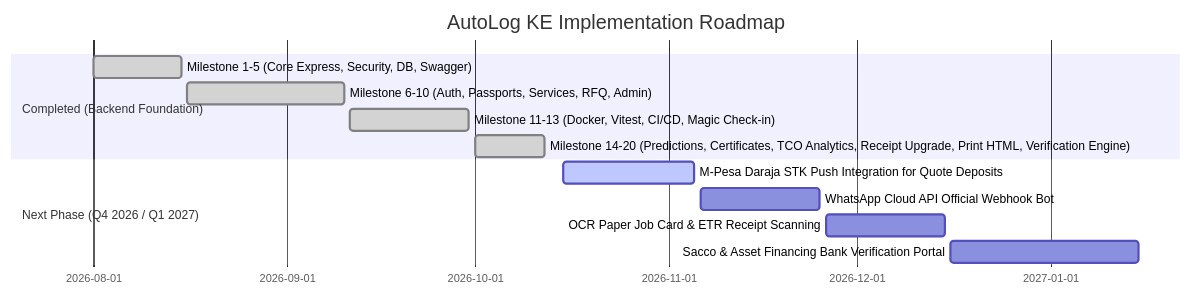
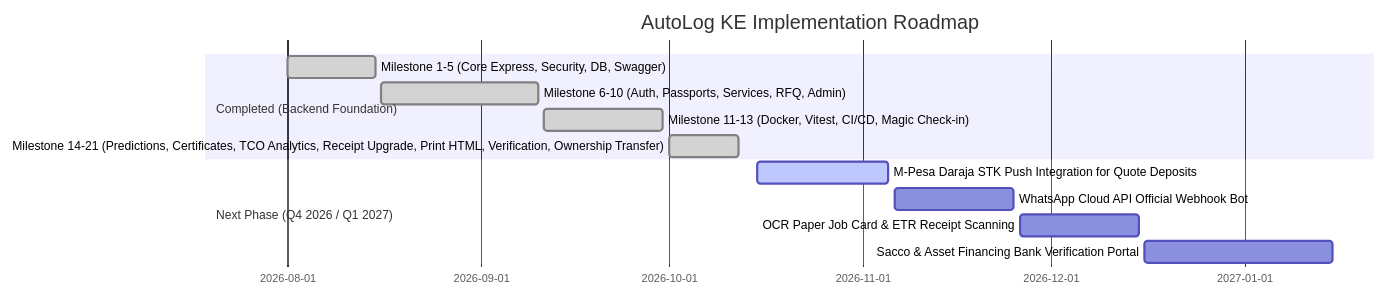
The diagram in docs/SYSTEM_LOOPHOLES_AND_IMPLEMENTATION.md (musaCODEzz/autolog-backend), drawn with Mermaid before and after one commit. The commit also changed other lines of this file and 8 other files, not shown here.

Commit message:
feat: vehicle certificate verification & ownership transfer engine with 93 passing tests (Milestones 20 & 21)

````diff
--- a/docs/SYSTEM_LOOPHOLES_AND_IMPLEMENTATION.md
+++ b/docs/SYSTEM_LOOPHOLES_AND_IMPLEMENTATION.md
@@ -53,15 +54,15 @@
 ```mermaid
 gantt
     title AutoLog KE Implementation Roadmap
     dateFormat  YYYY-MM-DD
     section Completed (Backend Foundation)
     Milestone 1-5 (Core Express, Security, DB, Swagger) :done, 2026-08-01, 2026-08-15
     Milestone 6-10 (Auth, Passports, Services, RFQ, Admin) :done, 2026-08-16, 2026-09-10
     Milestone 11-13 (Docker, Vitest, CI/CD, Magic Check-in) :done, 2026-09-11, 2026-09-30
-    Milestone 14-20 (Predictions, Certificates, TCO Analytics, Receipt Upgrade, Print HTML, Verification Engine) :done, 2026-10-01, 2026-10-12
+    Milestone 14-21 (Predictions, Certificates, TCO Analytics, Receipt Upgrade, Print HTML, Verification, Ownership Transfer) :done, 2026-10-01, 2026-10-12
     section Next Phase (Q4 2026 / Q1 2027)
     M-Pesa Daraja STK Push Integration for Quote Deposits :active, 2026-10-15, 2026-11-05
     WhatsApp Cloud API Official Webhook Bot : 2026-11-06, 2026-11-25
     OCR Paper Job Card & ETR Receipt Scanning : 2026-11-26, 2026-12-15
     Sacco & Asset Financing Bank Verification Portal : 2026-12-16, 2027-01-15
 ```
````
